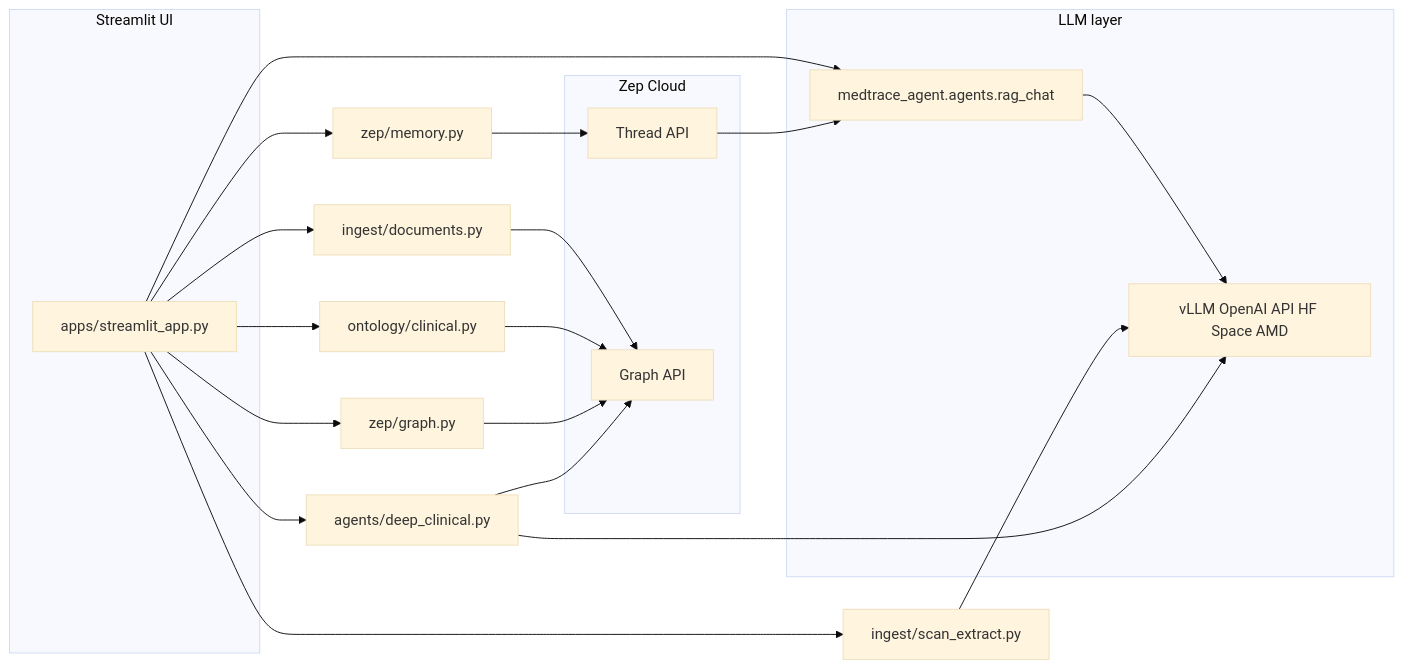
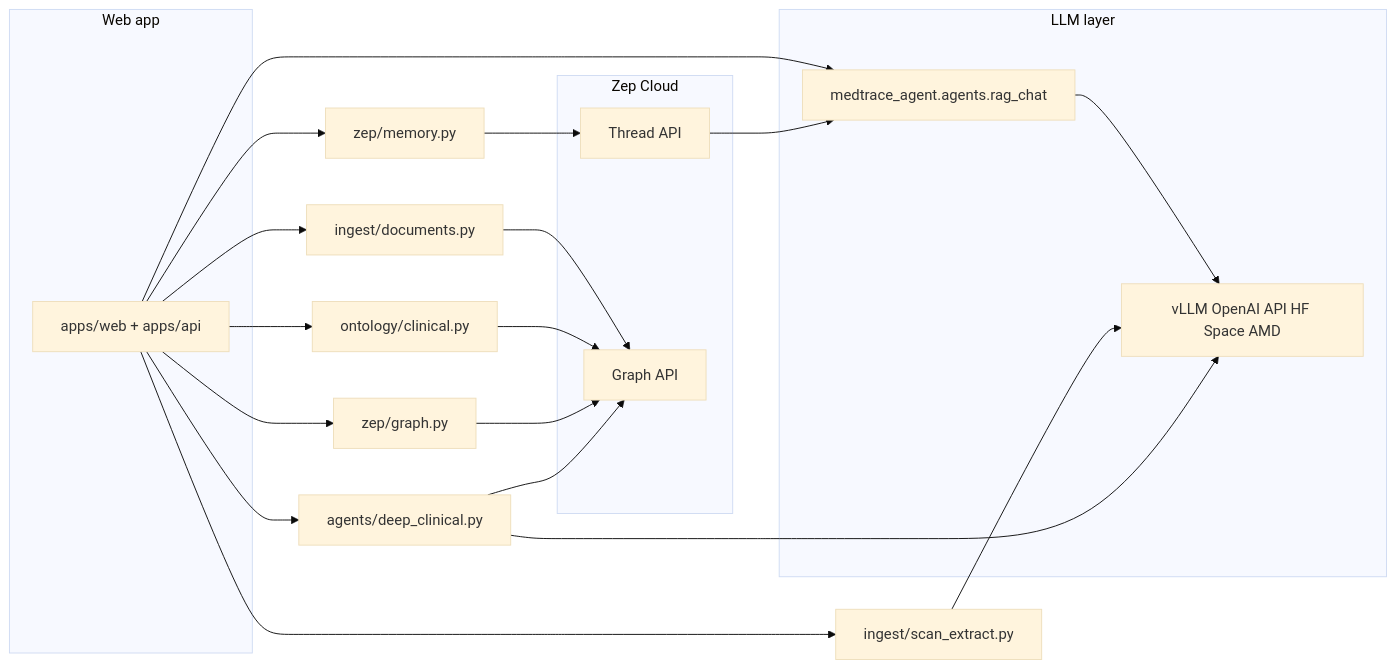
Before and after one commit to pramodthe/MedTrace-AI: the first of 3 diagrams in README.md, drawn with Mermaid (base theme). The commit also changed other lines of this file and 178 other files, not shown here.

First line of the commit message:
Consolidate into one API + web app with local mock and imaging/session routes.

````diff
--- a/README.md
+++ b/README.md
@@ -69,30 +66,30 @@
 ```mermaid
 flowchart LR
-  subgraph ui [Streamlit UI]
-    APP[apps/streamlit_app.py]
+  subgraph ui [Web app]
+    APP[apps/web + apps/api]
   end
   subgraph llm [LLM layer]
     AG[medtrace_agent.agents.rag_chat]
     FW[vLLM OpenAI API HF Space AMD]
   end
   subgraph zep [Zep Cloud]
     TH[Thread API]
     GR[Graph API]
   end
   APP --> AG
   AG --> FW
   APP --> ZM[zep/memory.py]
   APP --> ZG[zep/graph.py]
   APP --> DOC[ingest/documents.py]
   APP --> SCAN[ingest/scan_extract.py]
   APP --> ONTO[ontology/clinical.py]
   APP --> DCA[agents/deep_clinical.py]
   ZM --> TH
   DOC --> GR
   SCAN --> FW
   ONTO --> GR
   ZG --> GR
   TH --> AG
   DCA --> FW
   DCA --> GR
 ```
````
